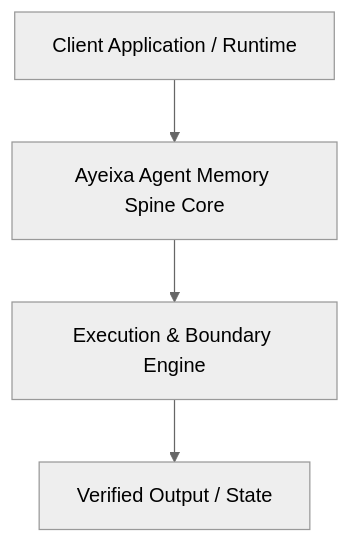
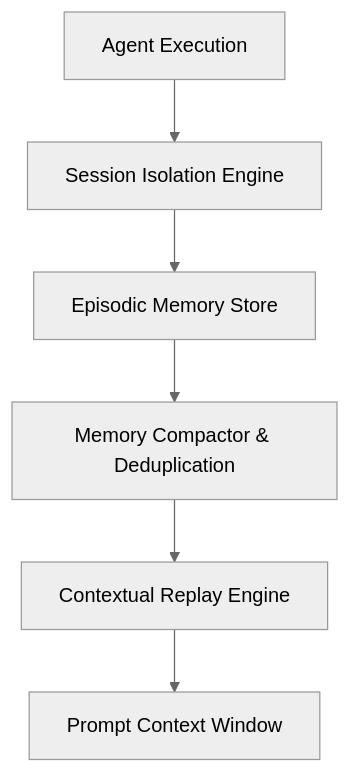
The diagram in ARCHITECTURE.md (alpallovy/ayeixa-agent-memory-spine), drawn with Mermaid (neutral theme) before and after one commit. The commit also changed other lines of this file and 18 other files, not shown here.

````diff
--- a/ARCHITECTURE.md
+++ b/ARCHITECTURE.md
@@ -7,6 +7,8 @@
 ```mermaid
 flowchart TD
-    Client["Client Application / Runtime"] --> Router["Ayeixa Agent Memory Spine Core"]
-    Router --> Engine["Execution & Boundary Engine"]
-    Engine --> Output["Verified Output / State"]
+    Agent["Agent Execution"] --> Isolator["Session Isolation Engine"]
+    Isolator --> Store["Episodic Memory Store"]
+    Store --> Compactor["Memory Compactor & Deduplication"]
+    Compactor --> Replay["Contextual Replay Engine"]
+    Replay --> Context["Prompt Context Window"]
 ```
````
